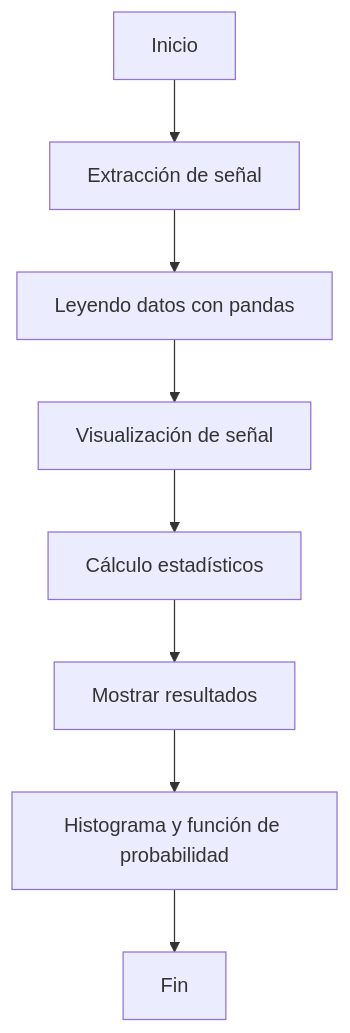
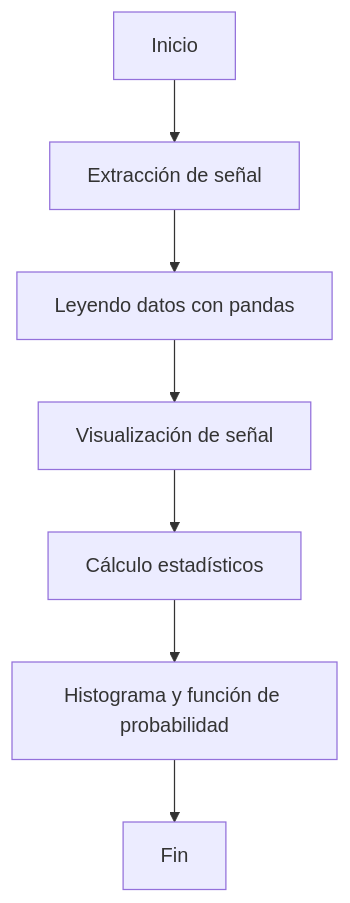
One commit to LauraDaniela09/Laboratorio-1--estadistica changed the second of 2 diagrams in README.md. Above: the diagram before and after it, drawn with Mermaid.

````diff
--- a/README.md
+++ b/README.md
@@ -220,10 +220,9 @@
 ```mermaid
 graph TD
     A[Inicio] --> B[Extracción de señal]
     B --> C[Leyendo datos con pandas]
     C --> D[Visualización de señal]
     D --> E[Cálculo estadísticos]
-    E --> F[Mostrar resultados]
-    F --> G[Histograma y función de probabilidad]
-    G --> H[Fin]
+    E --> F[Histograma y función de probabilidad]
+    F --> G[Fin]
  ```
````
